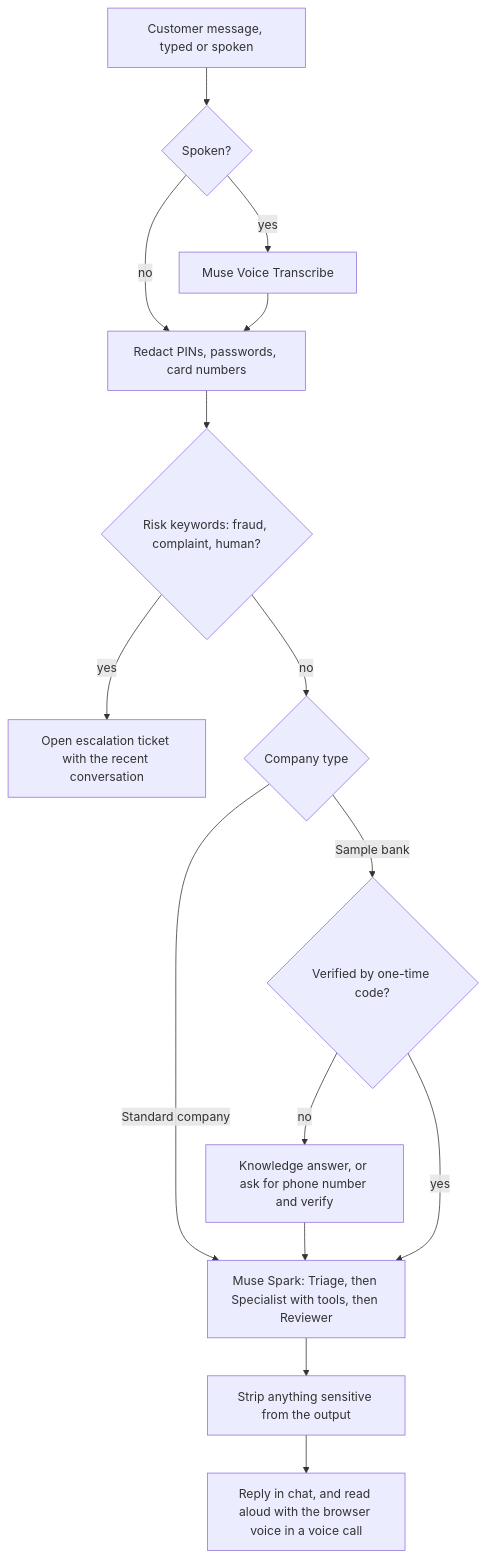
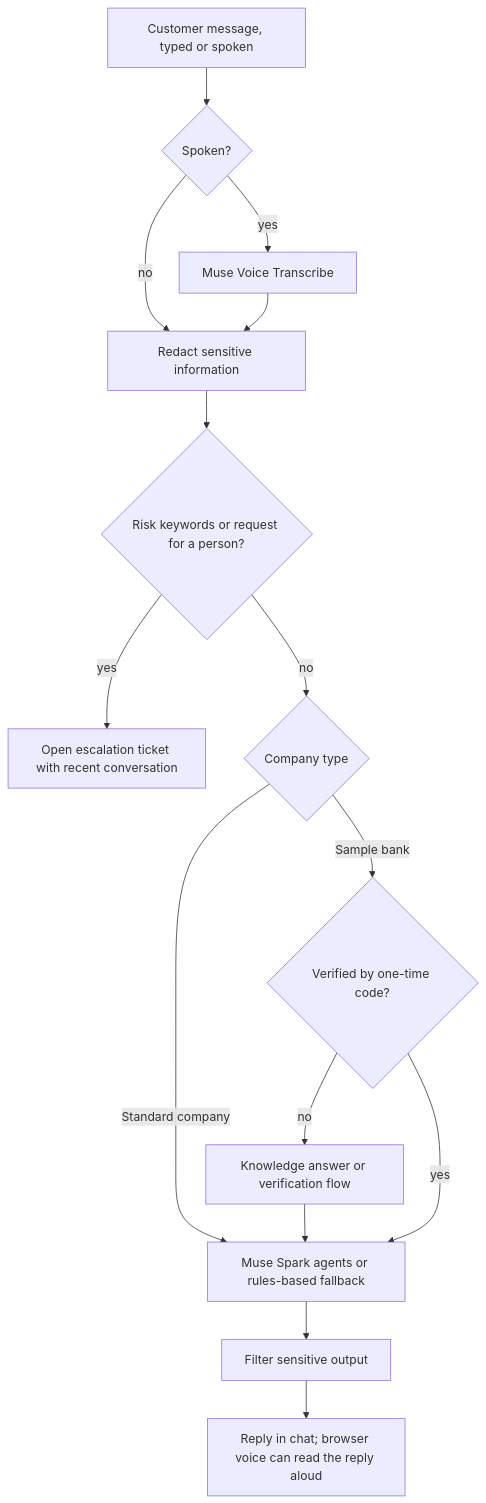
One commit to Dalliso-banda/MvelaAI changed the diagram in README.md. Above: the diagram before and after it, drawn with Mermaid. The commit also changed other lines of this file, not shown here.

````diff
--- a/README.md
+++ b/README.md
@@ -86,17 +77,17 @@
 ```mermaid
 flowchart TD
   A[Customer message, typed or spoken] --> B{Spoken?}
   B -- yes --> C[Muse Voice Transcribe]
   B -- no --> D
-  C --> D[Redact PINs, passwords, card numbers]
-  D --> E{Risk keywords: fraud, complaint, human?}
-  E -- yes --> F[Open escalation ticket with the recent conversation]
+  C --> D[Redact sensitive information]
+  D --> E{Risk keywords or request for a person?}
+  E -- yes --> F[Open escalation ticket with recent conversation]
   E -- no --> G{Company type}
   G -- Standard company --> H
   G -- Sample bank --> I{Verified by one-time code?}
-  I -- no --> J[Knowledge answer, or ask for phone number and verify]
+  I -- no --> J[Knowledge answer or verification flow]
   J --> H
   I -- yes --> H
-  H[Muse Spark: Triage, then Specialist with tools, then Reviewer] --> K[Strip anything sensitive from the output]
-  K --> L[Reply in chat, and read aloud with the browser voice in a voice call]
+  H[Muse Spark agents or rules-based fallback] --> K[Filter sensitive output]
+  K --> L[Reply in chat; browser voice can read the reply aloud]
 ```
````
